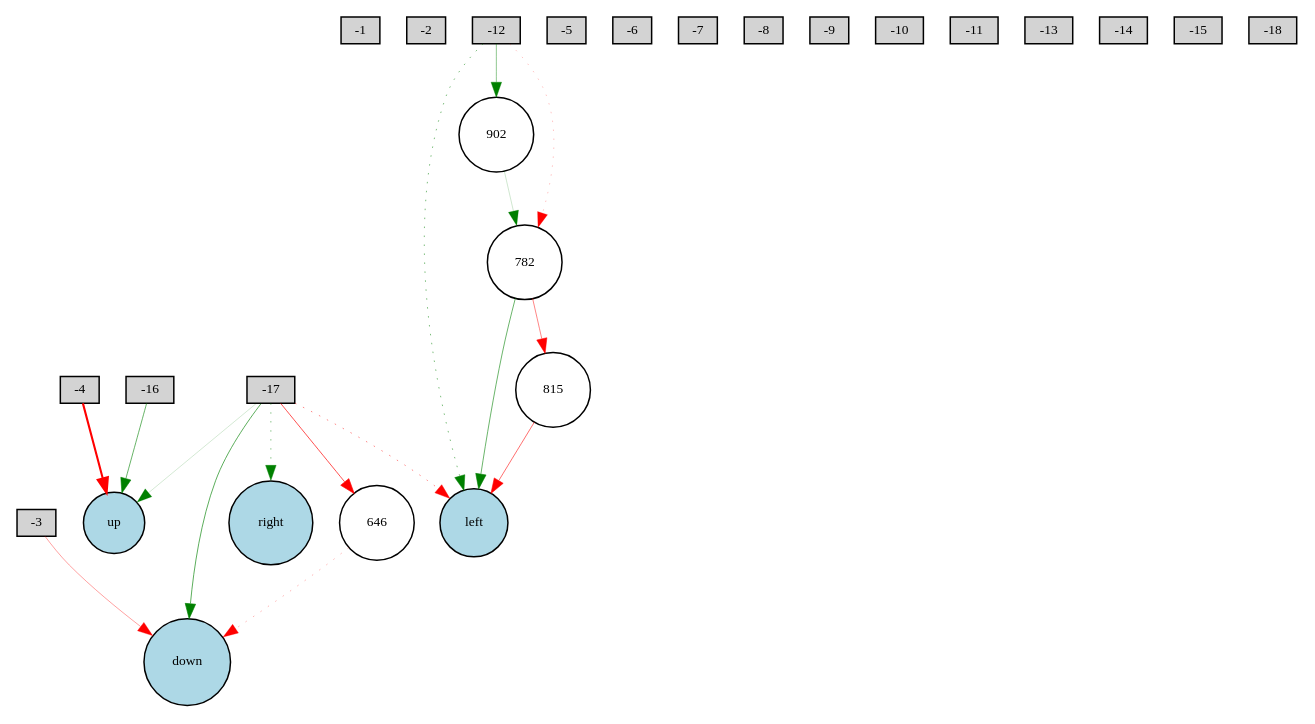
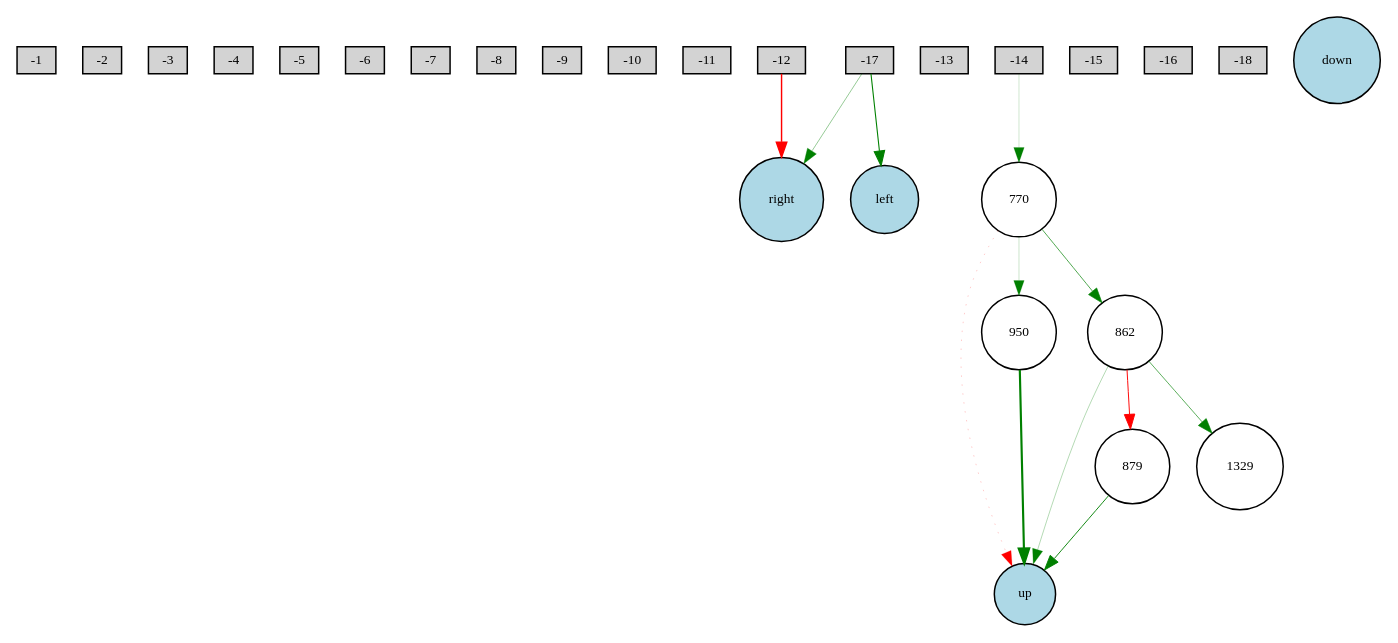
One commit to zslydr/2048 changed the diagram in scripts/Digraph.gv. Above: the diagram before and after it, drawn with Graphviz. The commit also changed 9 other files, not shown here.

```diff
--- a/scripts/Digraph.gv
+++ b/scripts/Digraph.gv
@@ -1,45 +1,42 @@
 digraph {
 	node [fontsize=9 height=0.2 shape=circle width=0.2]
 	-1 [fillcolor=lightgray shape=box style=filled]
 	-2 [fillcolor=lightgray shape=box style=filled]
 	-3 [fillcolor=lightgray shape=box style=filled]
 	-4 [fillcolor=lightgray shape=box style=filled]
 	-5 [fillcolor=lightgray shape=box style=filled]
 	-6 [fillcolor=lightgray shape=box style=filled]
 	-7 [fillcolor=lightgray shape=box style=filled]
 	-8 [fillcolor=lightgray shape=box style=filled]
 	-9 [fillcolor=lightgray shape=box style=filled]
 	-10 [fillcolor=lightgray shape=box style=filled]
 	-11 [fillcolor=lightgray shape=box style=filled]
 	-12 [fillcolor=lightgray shape=box style=filled]
 	-13 [fillcolor=lightgray shape=box style=filled]
 	-14 [fillcolor=lightgray shape=box style=filled]
 	-15 [fillcolor=lightgray shape=box style=filled]
 	-16 [fillcolor=lightgray shape=box style=filled]
 	-17 [fillcolor=lightgray shape=box style=filled]
 	-18 [fillcolor=lightgray shape=box style=filled]
 	up [fillcolor=lightblue style=filled]
 	down [fillcolor=lightblue style=filled]
 	right [fillcolor=lightblue style=filled]
 	left [fillcolor=lightblue style=filled]
-	646 [fillcolor=white style=filled]
-	902 [fillcolor=white style=filled]
-	782 [fillcolor=white style=filled]
-	815 [fillcolor=white style=filled]
-	-17 -> up [color=green penwidth=0.1192707893933736 style=solid]
-	-17 -> down [color=green penwidth=0.43245595079162047 style=solid]
-	-17 -> right [color=green penwidth=0.30969394371044423 style=dotted]
-	-17 -> left [color=red penwidth=0.3215417060928908 style=dotted]
-	-4 -> up [color=red penwidth=1.3899215473601885 style=solid]
-	-17 -> 646 [color=red penwidth=0.4645772399959852 style=solid]
-	646 -> down [color=red penwidth=0.20358987038119372 style=dotted]
-	-12 -> left [color=green penwidth=0.3488413344283884 style=dotted]
-	-12 -> 782 [color=red penwidth=0.1566186746529436 style=dotted]
-	782 -> left [color=green penwidth=0.3919423092098995 style=solid]
-	782 -> 815 [color=red penwidth=0.32005327824136415 style=solid]
-	815 -> left [color=red penwidth=0.38275573259275164 style=solid]
-	-3 -> down [color=red penwidth=0.2509921075162765 style=solid]
-	-12 -> 902 [color=green penwidth=0.30000000000000004 style=solid]
-	902 -> 782 [color=green penwidth=0.13092569700365805 style=solid]
-	-16 -> up [color=green penwidth=0.4049821354343155 style=solid]
+	770 [fillcolor=white style=filled]
+	879 [fillcolor=white style=filled]
+	1329 [fillcolor=white style=filled]
+	950 [fillcolor=white style=filled]
+	862 [fillcolor=white style=filled]
+	-17 -> right [color=green penwidth=0.2827404353782579 style=solid]
+	-14 -> 770 [color=green penwidth=0.12627814413247604 style=solid]
+	770 -> up [color=red penwidth=0.13662990936310504 style=dotted]
+	-12 -> right [color=red penwidth=0.9576980286760431 style=solid]
+	-17 -> left [color=green penwidth=0.7194557759930296 style=solid]
+	770 -> 862 [color=green penwidth=0.460221182326915 style=solid]
+	862 -> up [color=green penwidth=0.20286300617262204 style=solid]
+	862 -> 879 [color=red penwidth=0.6375535331821349 style=solid]
+	879 -> up [color=green penwidth=0.6072173234770867 style=solid]
+	770 -> 950 [color=green penwidth=0.1372510045571289 style=solid]
+	950 -> up [color=green penwidth=1.4434342465694565 style=solid]
+	862 -> 1329 [color=green penwidth=0.43424258758898016 style=solid]
 }
```
